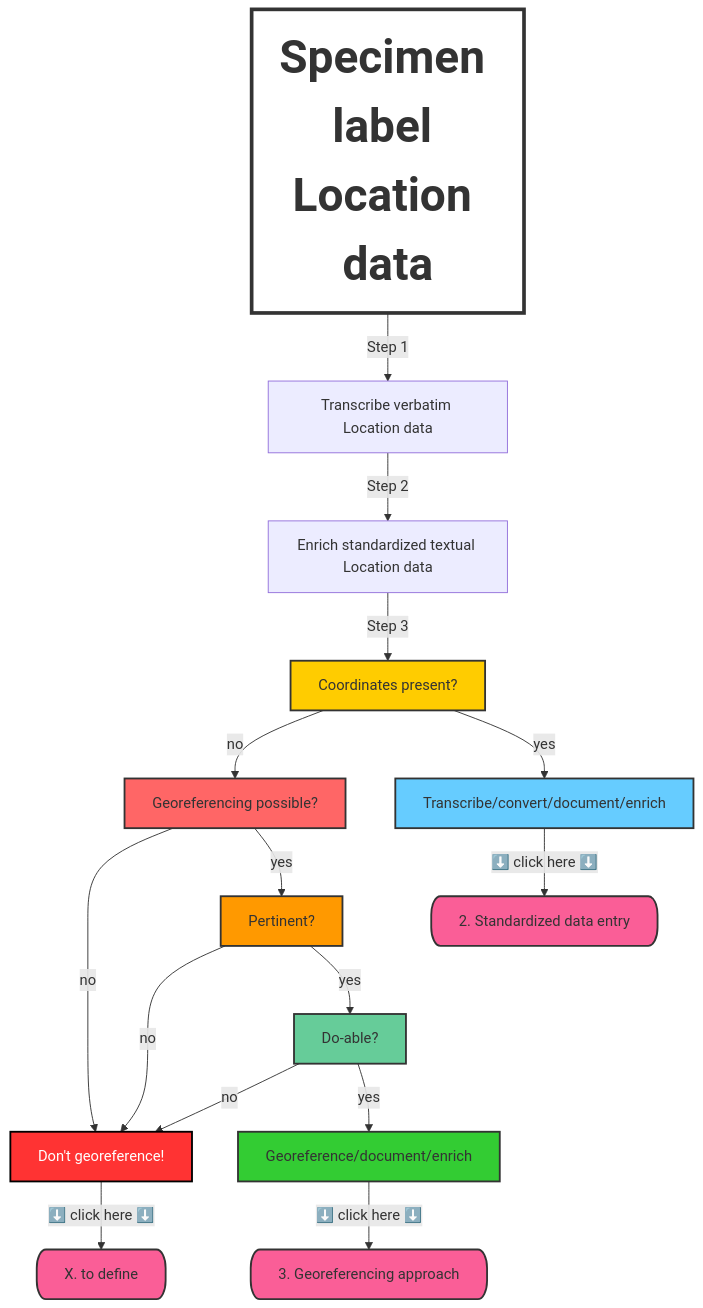
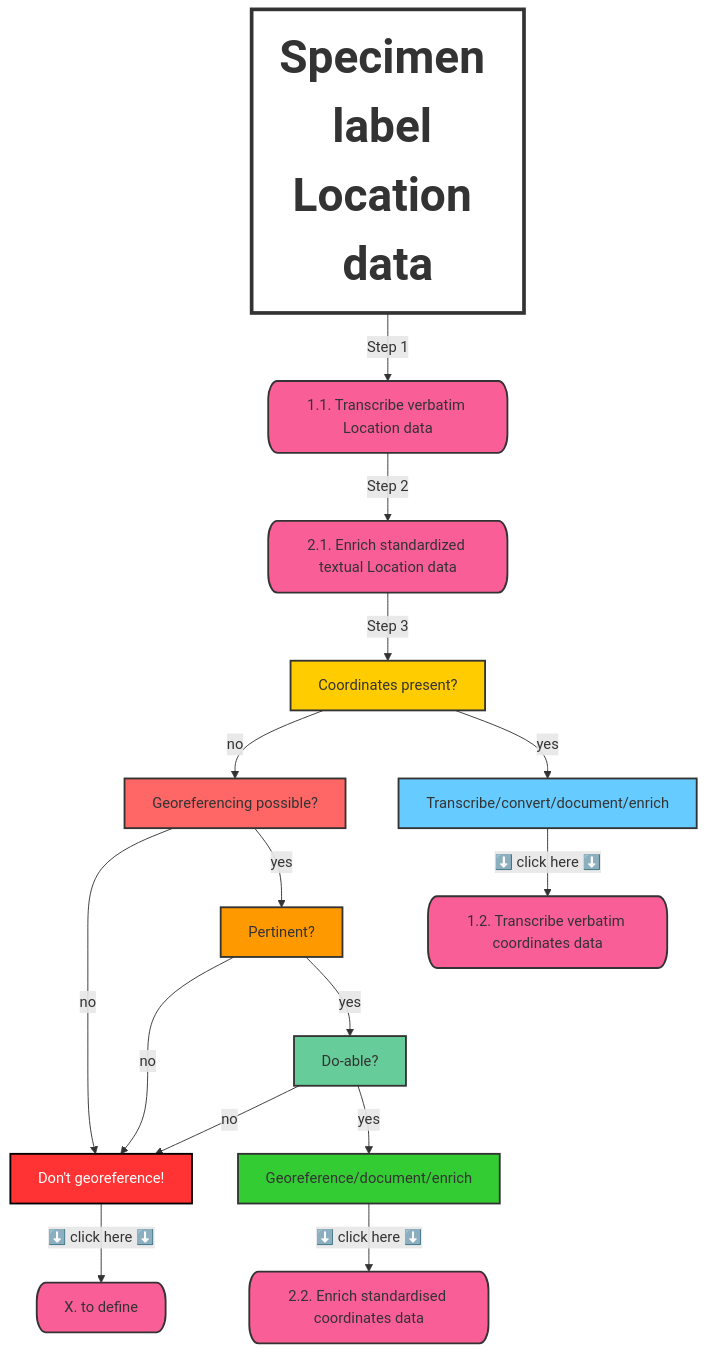
Before and after one commit to gbif/hp-swissnatcoll: the diagram in en/thematicCommunities/GEOREFERENCING/geo_protocole.md, drawn with Mermaid. The commit also changed other lines of this file, not shown here.

```diff
--- a/en/thematicCommunities/GEOREFERENCING/geo_protocole.md
+++ b/en/thematicCommunities/GEOREFERENCING/geo_protocole.md
@@ -39,37 +39,41 @@
 <div class="mermaid">
 graph TD;
-    Start[Specimen label Location data] --> |Step 1| Step1[Transcribe verbatim Location data];
-    Step1 --> |Step 2| Step2[Enrich standardized textual Location data];
+    Start[Specimen label Location data] --> |Step 1| Step1[1.1. Transcribe verbatim Location data];
+    Step1 --> |Step 2| Step2[2.1. Enrich standardized textual Location data];
 
     %% Decision Graph in Step 3
     Step2 --> |Step 3| A[Coordinates present?];
     A[Coordinates present?] -->|no| B[Georeferencing possible?];
     A -->|yes| C[Transcribe/convert/document/enrich];
     B --> |no| D[Don't georeference!];
     B --> |yes| E[Pertinent?];
     E --> |no| D;
     E --> |yes| F[Do-able?];
     F --> |no| D;
     F --> |yes| G[Georeference/document/enrich];
-    C -->|⬇️ ️click here ⬇️| H[2. Standardized data entry];
-    G -->|⬇️ ️click here ⬇️| I[3. Georeferencing approach];
+    C -->|⬇️ ️click here ⬇️| H[1.2. Transcribe verbatim coordinates data];
+    G -->|⬇️ ️click here ⬇️| I[2.2. Enrich standardised coordinates data];
     D -->|⬇️ ️click here ⬇️| J[X. to define];
 
     %% Apply Colors
     style Start fill:#FFFFFF,stroke:#333,stroke-width:4px,font-weight:bold,font-size:50px;;
     style A fill:#ffcc00,stroke:#333,stroke-width:2px;
     style B fill:#ff6666,stroke:#333,stroke-width:2px;
     style C fill:#66ccff,stroke:#333,stroke-width:2px;
     style D fill:#ff3333,stroke:#000,stroke-width:2px,color:white;
     style E fill:#ff9900,stroke:#333,stroke-width:2px;
     style F fill:#66cc99,stroke:#333,stroke-width:2px;
     style G fill:#33cc33,stroke:#333,stroke-width:2px;
     style H fill:#FA5E97,stroke:#333,stroke-width:2px,rx:10px,ry:20px;
     style I fill:#FA5E97,stroke:#333,stroke-width:2px,rx:10px,ry:20px;
     style J fill:#FA5E97,stroke:#333,stroke-width:2px,rx:10px,ry:20px;
+    style Step1 fill:#FA5E97,stroke:#333,stroke-width:2px,rx:10px,ry:20px;
+    style Step2 fill:#FA5E97,stroke:#333,stroke-width:2px,rx:10px,ry:20px;
 
     
     %% Define the hyperlink
-    click H "/en/geo-protocole#2-standardized-data-entry"
-    click I "/en/geo-protocole#3-georeferencing-approach"
+    click H "/en/geo-protocole#1-2--transcribe-verbatim-coordinates-data"
+    click I "/en/geo-protocole#2-2--enrich-standardised-coordinates-data"
+    click Step1 "en/geo-protocole#1-1--step-1--transcribe-verbatim-location-data"
+    click Step2 "en/geo-protocole#2-1--enrich-standardised-textual-location-data"
 </div>
```
